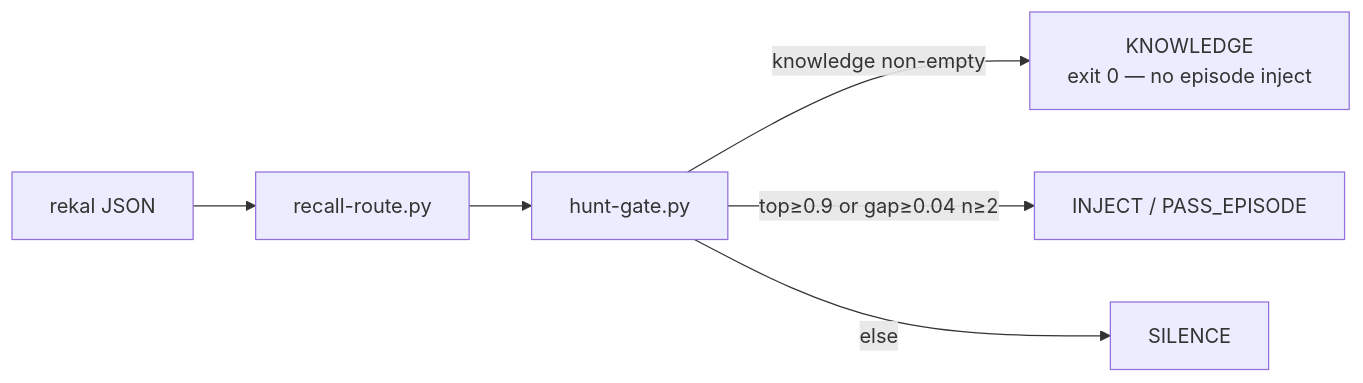
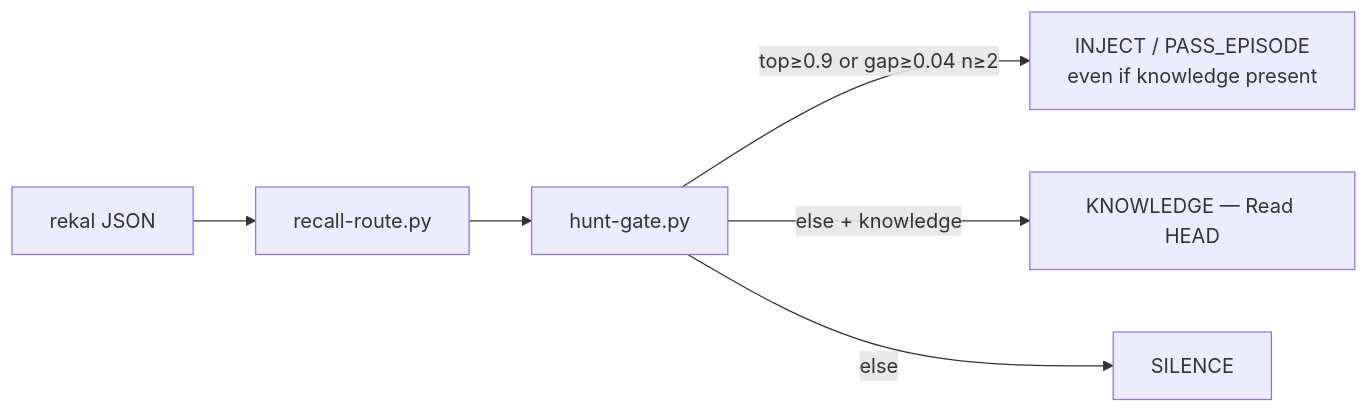
The third of 4 diagrams in docs/design/skill-router.md (rekal-dev/rekal-cli), drawn with Mermaid before and after one commit. The commit also changed other lines of this file and 6 other files, not shown here.

````diff
--- a/docs/design/skill-router.md
+++ b/docs/design/skill-router.md
@@ -52,8 +52,8 @@
 ```mermaid
 flowchart LR
   r["rekal JSON"] --> rr["recall-route.py"]
   rr --> hg["hunt-gate.py"]
-  hg -->|knowledge non-empty| k["KNOWLEDGE<br/>exit 0 — no episode inject"]
-  hg -->|top≥0.9 or gap≥0.04 n≥2| i["INJECT / PASS_EPISODE"]
+  hg -->|top≥0.9 or gap≥0.04 n≥2| i["INJECT / PASS_EPISODE<br/>even if knowledge present"]
+  hg -->|else + knowledge| k["KNOWLEDGE — Read HEAD"]
   hg -->|else| s["SILENCE"]
 ```
````
